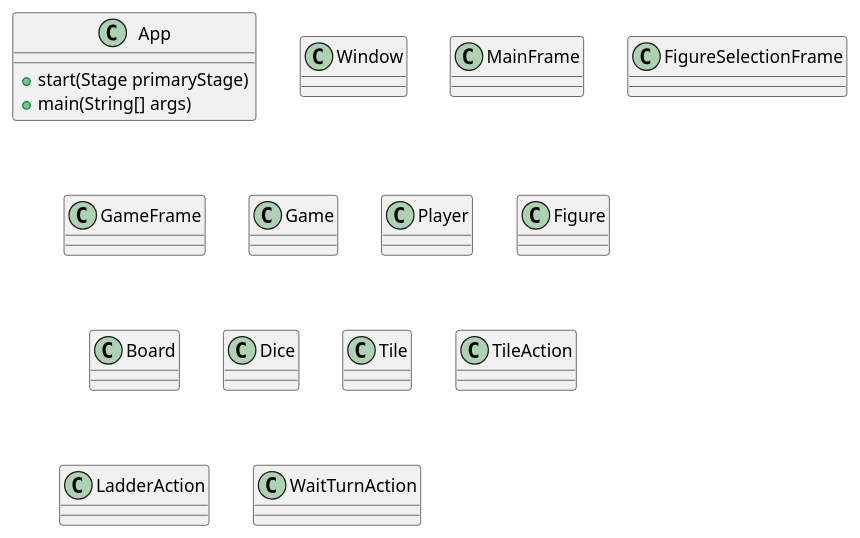
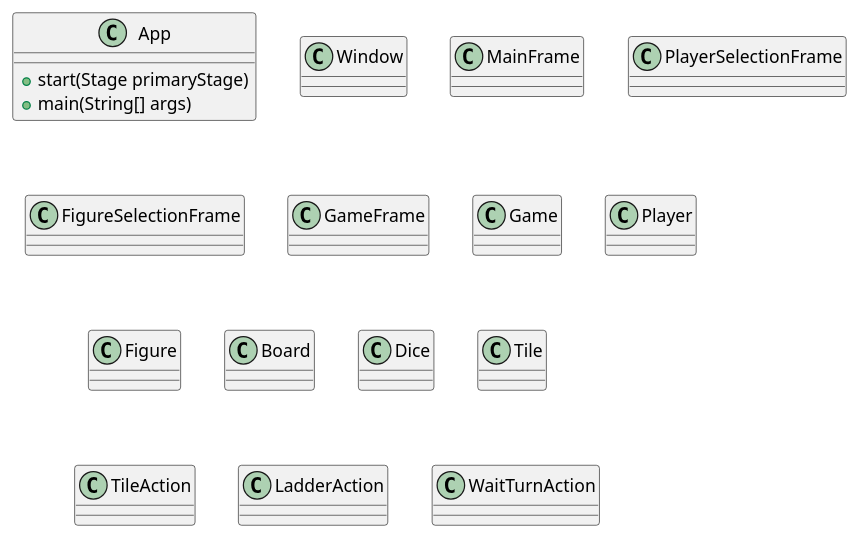
One commit to Segward/ladder-game changed the diagram in classdiagram2.puml. Above: the diagram before and after it, drawn with PlantUML.

Commit message:
Added a playerselectionframe to uml

```diff
--- a/classdiagram2.puml
+++ b/classdiagram2.puml
@@ -1,60 +1,64 @@
 @startuml
 
 class App {
     +start(Stage primaryStage)
     +main(String[] args)
 }
 
 class Window {
 
 }
 
 class MainFrame {
+
+}
+
+class PlayerSelectionFrame {
 
 }
 
 class FigureSelectionFrame {
 
 }
 
 class GameFrame {
 
 }
 
 class Game {
     
 }
 
 class Player {
 
 }
 
 class Figure {
 
 }
 
 class Board {
 
 }
 
 class Dice {
 
 }
 
 class Tile {
 
 }
 
 class TileAction {
 
 }
 
 class LadderAction {
 
 }
 
 class WaitTurnAction {
 
 }
 
 @enduml
```
